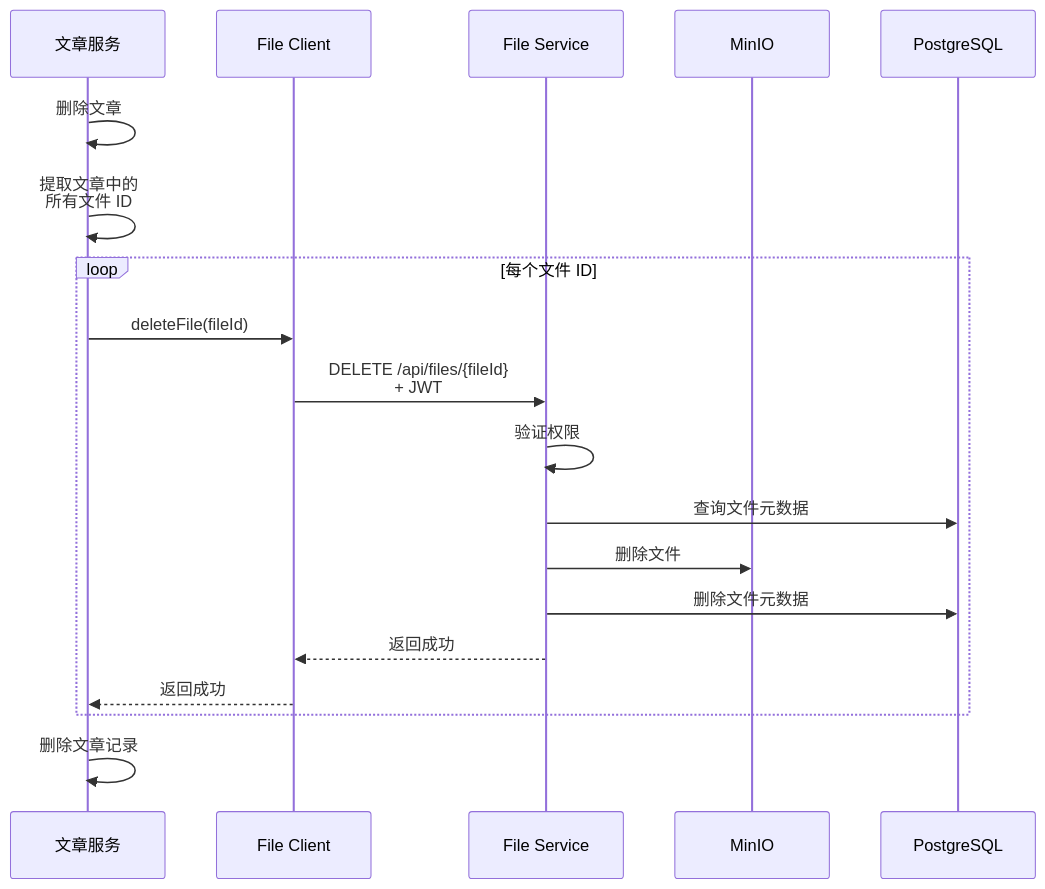
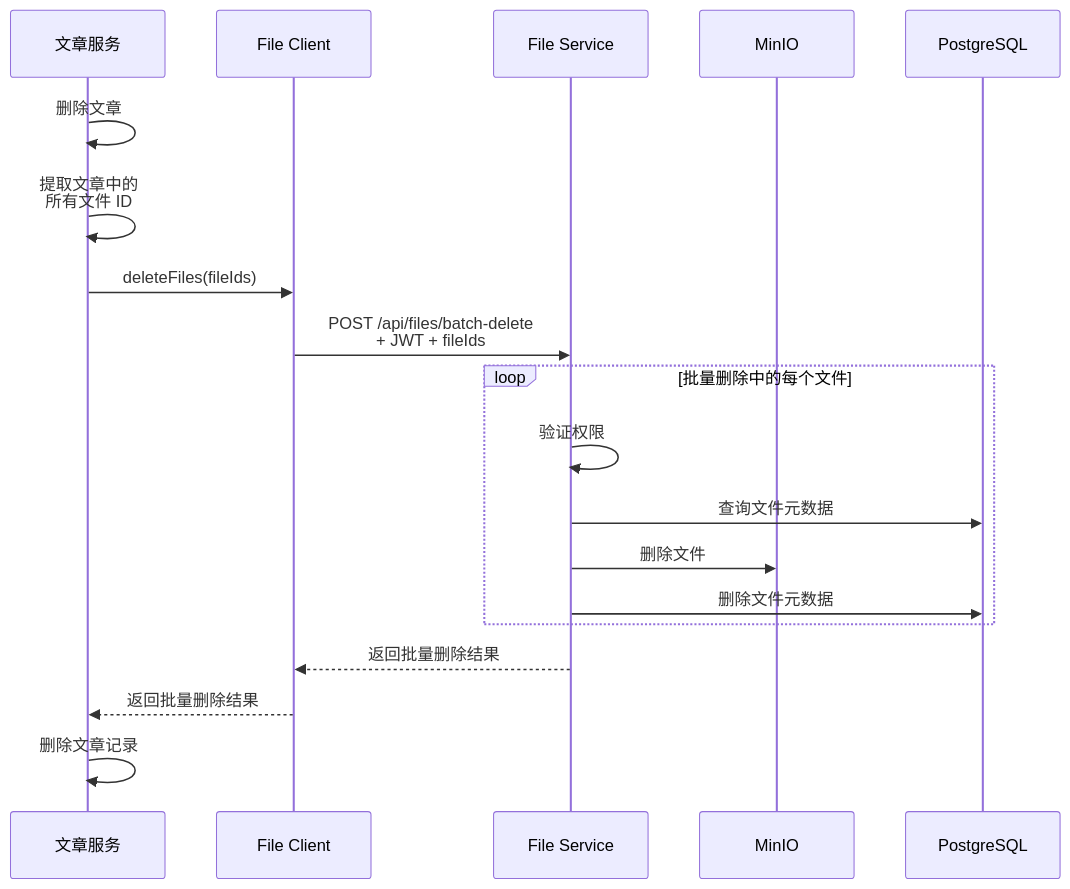
One commit to architectcgz/zhicore changed the third of 11 diagrams in docs/architecture/file-service-integration.md. Above: the diagram before and after it, drawn with Mermaid. The commit also changed other lines of this file and 131 other files, not shown here.

````diff
--- a/docs/architecture/file-service-integration.md
+++ b/docs/architecture/file-service-integration.md
@@ -187,24 +187,24 @@
 ```mermaid
 sequenceDiagram
     participant PostService as 文章服务
     participant FileClient as File Client
     participant FileService as File Service
     participant MinIO as MinIO
     participant PostgreSQL as PostgreSQL
     
     PostService->>PostService: 删除文章
     PostService->>PostService: 提取文章中的<br/>所有文件 ID
     
-    loop 每个文件 ID
-        PostService->>FileClient: deleteFile(fileId)
-        FileClient->>FileService: DELETE /api/files/{fileId}<br/>+ JWT
+    PostService->>FileClient: deleteFiles(fileIds)
+    FileClient->>FileService: POST /api/files/batch-delete<br/>+ JWT + fileIds
+    loop 批量删除中的每个文件
         FileService->>FileService: 验证权限
         FileService->>PostgreSQL: 查询文件元数据
         FileService->>MinIO: 删除文件
         FileService->>PostgreSQL: 删除文件元数据
-        FileService-->>FileClient: 返回成功
-        FileClient-->>PostService: 返回成功
     end
+    FileService-->>FileClient: 返回批量删除结果
+    FileClient-->>PostService: 返回批量删除结果
     
     PostService->>PostService: 删除文章记录
 ```
````
